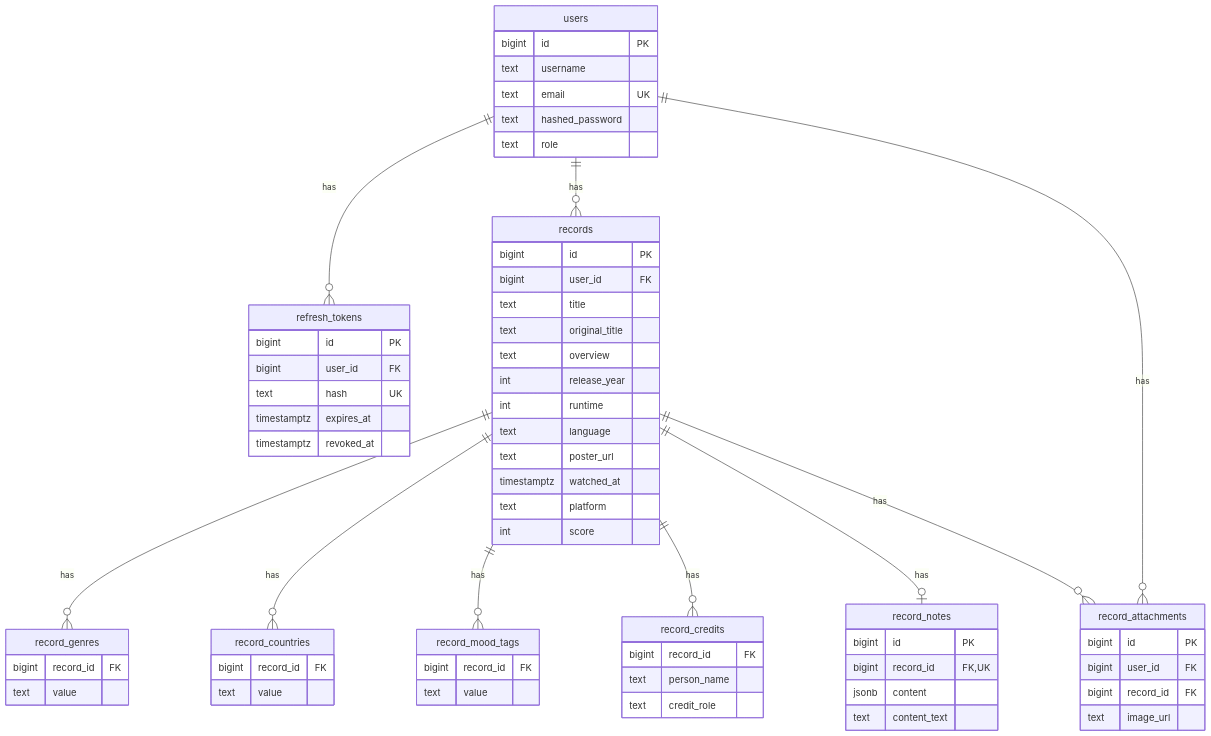
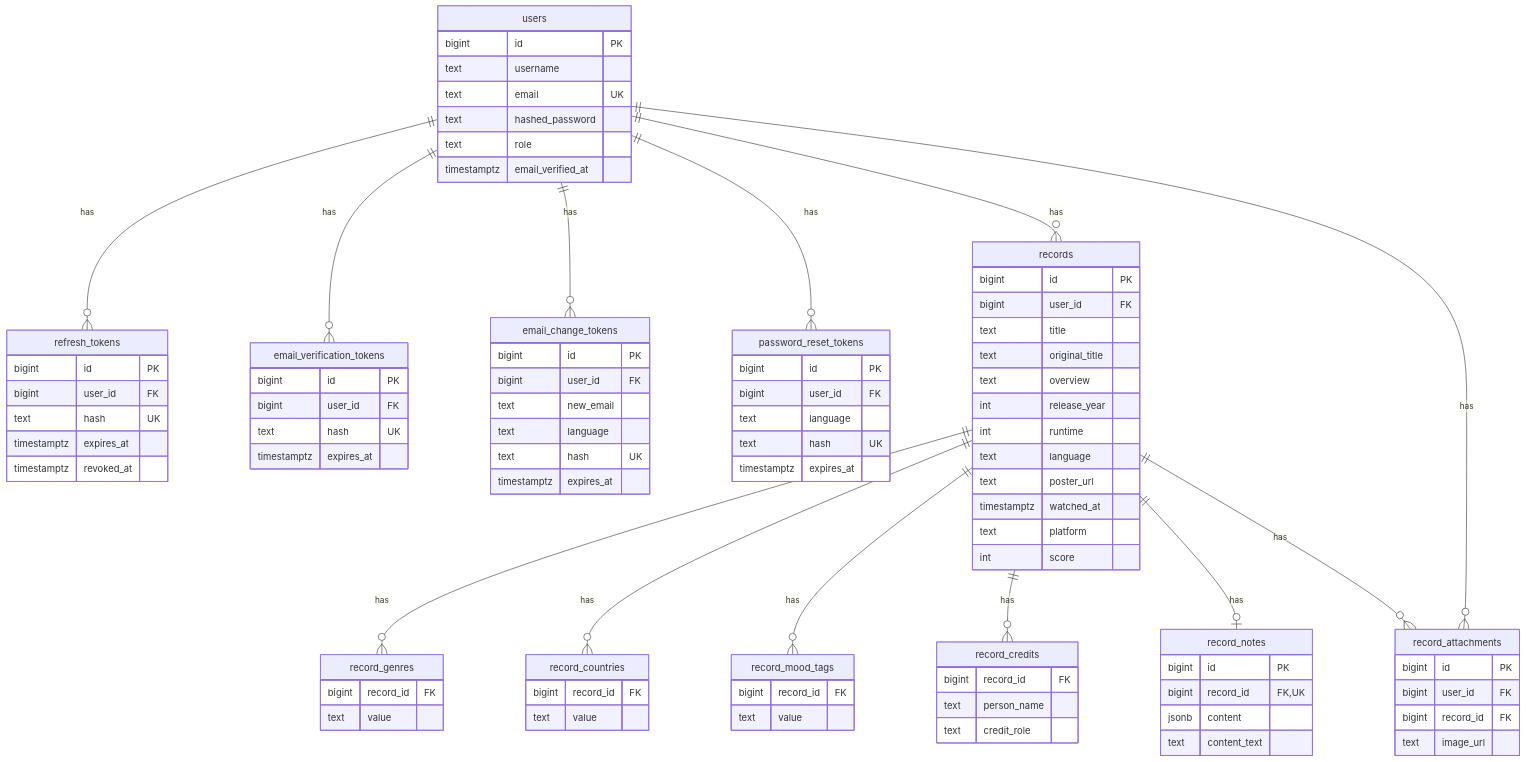
Before and after one commit to masaya-nishimura-09/movie-log-api: the third of 3 diagrams in README.ja.md, drawn with Mermaid. The commit also changed other lines of this file and 18 other files, not shown here.

````diff
--- a/README.ja.md
+++ b/README.ja.md
@@ -280,6 +286,9 @@
 ```mermaid
 erDiagram
     users ||--o{ refresh_tokens : has
+    users ||--o{ email_verification_tokens : has
+    users ||--o{ email_change_tokens : has
+    users ||--o{ password_reset_tokens : has
     users ||--o{ records : has
     records ||--o{ record_genres : has
     records ||--o{ record_countries : has
@@ -295,6 +304,7 @@
         text email UK
         text hashed_password
         text role
+        timestamptz email_verified_at
     }
     refresh_tokens {
         bigint id PK
@@ -302,6 +312,27 @@
         text hash UK
         timestamptz expires_at
         timestamptz revoked_at
+    }
+    email_verification_tokens {
+        bigint id PK
+        bigint user_id FK
+        text hash UK
+        timestamptz expires_at
+    }
+    email_change_tokens {
+        bigint id PK
+        bigint user_id FK
+        text new_email
+        text language
+        text hash UK
+        timestamptz expires_at
+    }
+    password_reset_tokens {
+        bigint id PK
+        bigint user_id FK
+        text language
+        text hash UK
+        timestamptz expires_at
     }
     records {
         bigint id PK
````
